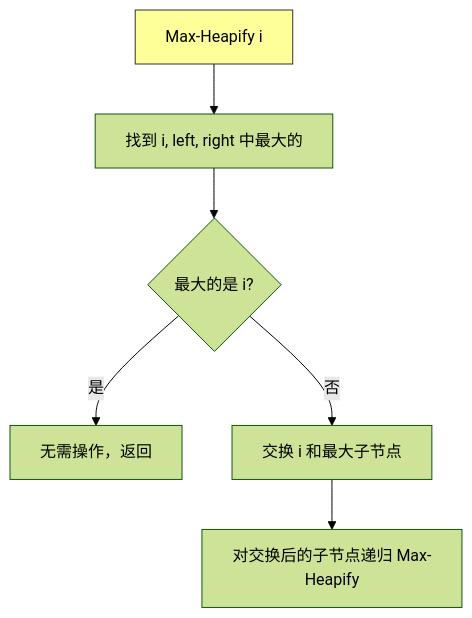
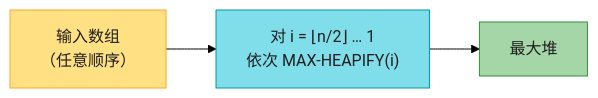
The third of 6 diagrams in IntroductionToAlgorithms/Chapter06_堆排序_深度版.md (socoo123/book_reading), drawn with Mermaid (forest theme) before and after one commit. The commit also changed other lines of this file and 30 other files, not shown here.

````diff
--- a/IntroductionToAlgorithms/Chapter06_堆排序_深度版.md
+++ b/IntroductionToAlgorithms/Chapter06_堆排序_深度版.md
@@ -115,10 +185,9 @@
 ```mermaid
-flowchart TD
-    A["Max-Heapify i"] --> B["找到 i, left, right 中最大的"]
-    B --> C{"最大的是 i?"}
-    C -->|是| D["无需操作，返回"]
-    C -->|否| E["交换 i 和最大子节点"]
-    E --> F["对交换后的子节点递归 Max-Heapify"]
+flowchart LR
+    A["输入数组<br/>（任意顺序）"] --> B["对 i = ⌊n/2⌋ … 1<br/>依次 MAX-HEAPIFY(i)"]
+    B --> C["最大堆"]
 
-    style A fill:#ff9,stroke:#333
+    style A fill:#FFE082,stroke:#F9A825,color:#1f1f1f
+    style B fill:#80DEEA,stroke:#0097A7,color:#1f1f1f
+    style C fill:#A5D6A7,stroke:#388E3C,color:#1f1f1f
 ```
````
